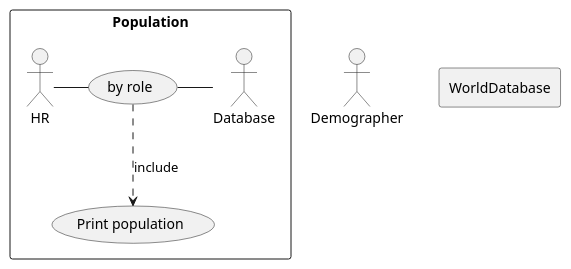
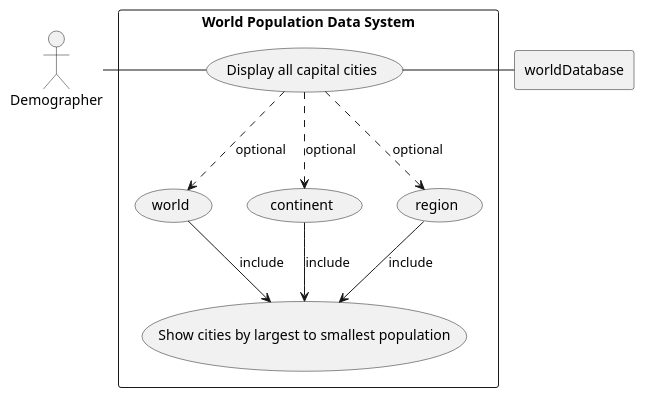
One commit to careykva/Group_4 changed the diagram in population_use_case/top_n countries.puml. Above: the diagram before and after it, drawn with PlantUML.

Commit message:
Update to top N countries

```diff
--- a/population_use_case/top_n countries.puml
+++ b/population_use_case/top_n countries.puml
@@ -1,18 +1,27 @@
 @startuml
+actor AL as "Demographer"
 
-actor DM as "Demographer"
+rectangle worldDatabase
 
-rectangle WorldDatabase
+rectangle "World Population Data System" {
+	usecase UC4 as "Display all capital cities"
+	usecase UC4.1 as "world"
+	usecase UC4.2 as "continent"
+	usecase UC4.3 as "region"
 
-rectangle "Population" {
-    usecase UC4 as "
-    by role"
 
-    usecase UCa as "Print population"
+	usecase UCa as "Show cities by largest to smallest population"
 
-    HR - UC4
-    UC4 ..> UCa : include
-    UC4 - Database
-}
 
+AL - UC4
+UC4 ..> UC4.1 : optional
+    UC4.1 --> UCa : include
+UC4 ..> UC4.2 : optional
+    UC4.2 --> UCa : include
+UC4 ..> UC4.3 : optional
+    UC4.3 --> UCa : include
+
+
+
+UC4 - worldDatabase
 @enduml
```
